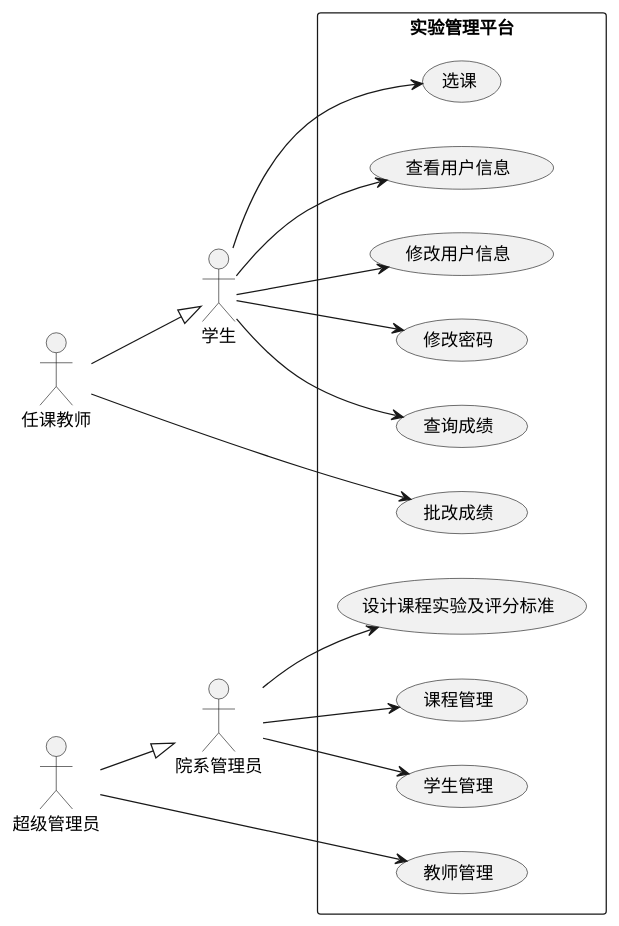
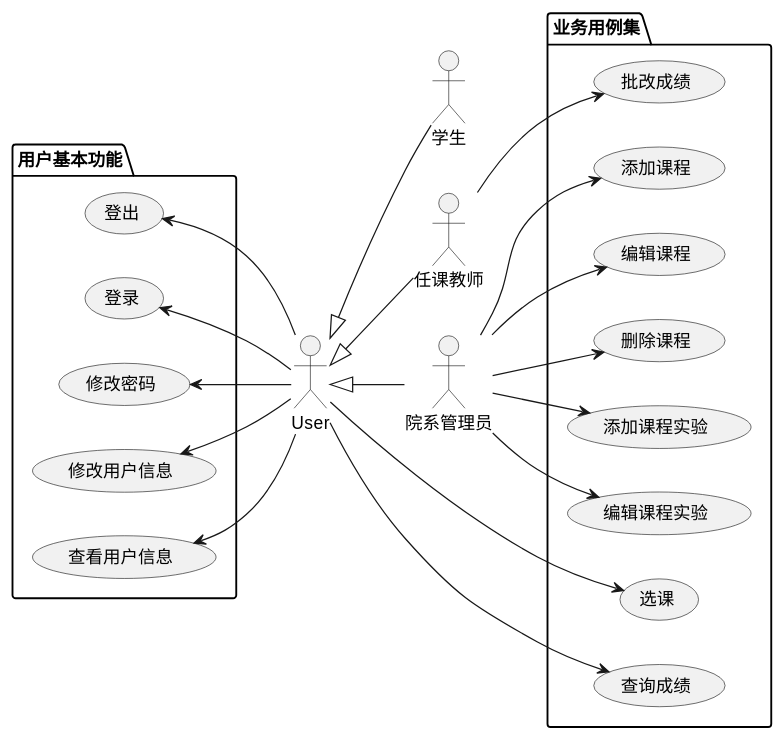
Before and after one commit to 201610414130/is_analysis-4: the diagram in test6/userCase.pu, drawn with PlantUML. The commit also changed 5 other files, not shown here.

```diff
--- a/test6/userCase.pu
+++ b/test6/userCase.pu
@@ -1,36 +1,40 @@
 @startuml 用例图
 left to right direction
+:User: 
 :学生: as student
 :任课教师: as teacher
 :院系管理员: as admin
-:超级管理员: as root
-rectangle 实验管理平台{
-    (选课) as singCourse
+package 用户基本功能{
     (查看用户信息) as showUser
     (修改用户信息) as updateUser
     (修改密码) as updatePwd
+    (登录) as login
+    (登出) as logout
+    User -up-> showUser
+    User -up-> updateUser
+    User -up-> updatePwd
+    User -up-> login
+    User -up-> logout
+}
+package 业务用例集{
+    (选课) as singCourse
     (查询成绩) as queryGrade
-
     (批改成绩) as setGrade
-    (设计课程实验及评分标准) as setCourse
-    (课程管理) as courseMange
-    (学生管理) as studentMange
-    (教师管理) as teacherMange
+    (添加课程实验) as addCourseTask
+    (编辑课程实验) as ediCourseTask
+    (添加课程) as addCourse
+    (编辑课程) as ediCourse
+    (删除课程) as delCourse
+    User --> singCourse
+    User --> queryGrade
+    teacher --> setGrade
+    admin --> addCourseTask
+    admin --> ediCourseTask
+    admin --> addCourse
+    admin --> ediCourse
+    admin --> delCourse
 }
-student --> singCourse
-student --> showUser
-student --> updateUser
-student --> updatePwd
-student --> queryGrade
-
-teacher --> setGrade
-
-admin --> setCourse
-admin --> courseMange
-admin --> studentMange
-
-root --> teacherMange
-
-teacher --|> student
-root --|> admin
+student -up-|> User
+teacher -up-|> User
+admin -up-|> User
 @enduml
```
